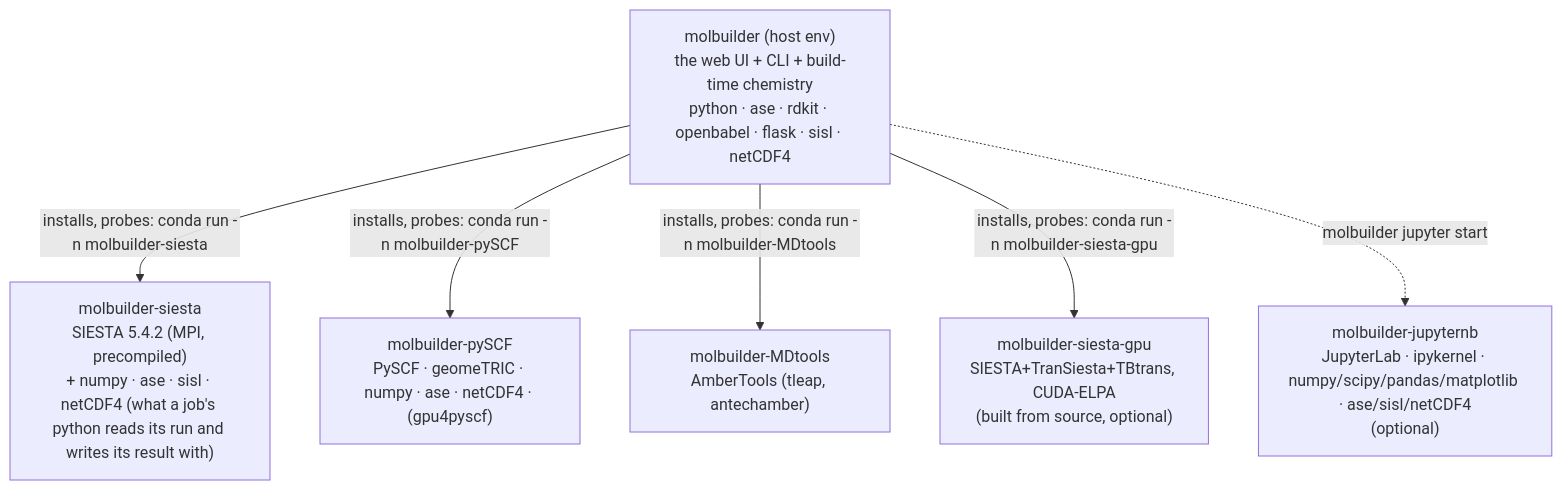
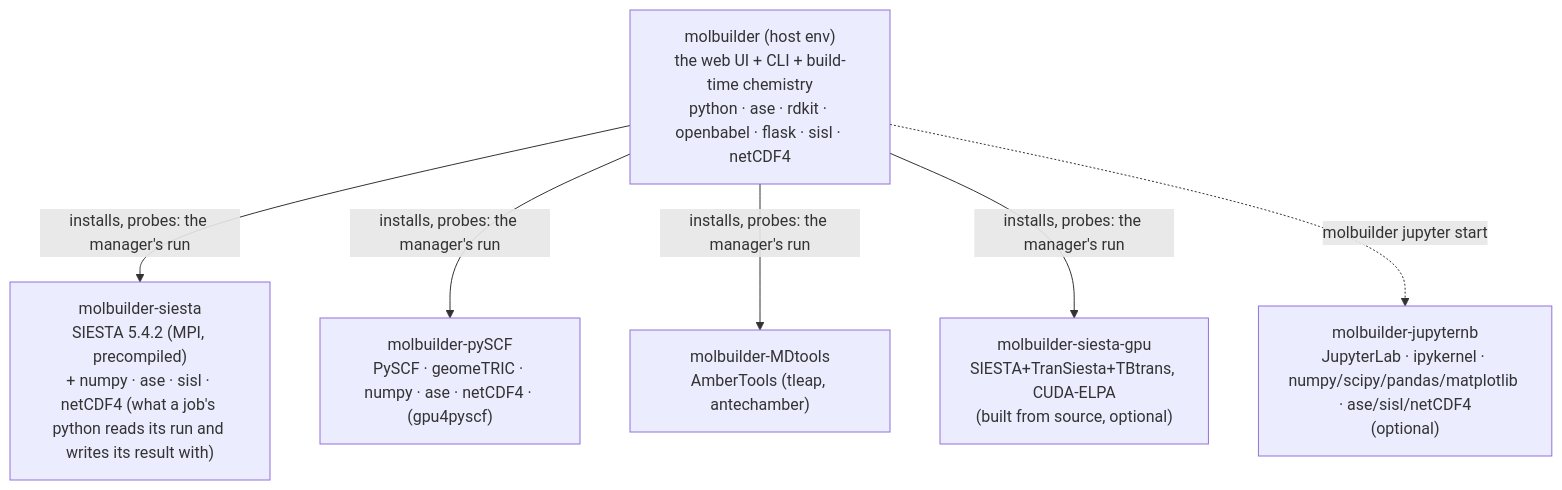
Before and after one commit to Qing-LAB/molbuilder: the diagram in docs/ops/installation.md, drawn with Mermaid. The commit also changed other lines of this file and 47 other files, not shown here.

````diff
--- a/docs/ops/installation.md
+++ b/docs/ops/installation.md
@@ -25,9 +26,9 @@
 ```mermaid
 flowchart TD
   HOST["molbuilder (host env)<br/>the web UI + CLI + build-time chemistry<br/>python · ase · rdkit · openbabel · flask · sisl · netCDF4"]
-  HOST -->|"installs, probes: conda run -n molbuilder-siesta"| SI["molbuilder-siesta<br/>SIESTA 5.4.2 (MPI, precompiled)<br/>+ numpy · ase · sisl · netCDF4 (what a job's python reads its run and writes its result with)"]
-  HOST -->|"installs, probes: conda run -n molbuilder-pySCF"| PY["molbuilder-pySCF<br/>PySCF · geomeTRIC · numpy · ase · netCDF4 · (gpu4pyscf)"]
-  HOST -->|"installs, probes: conda run -n molbuilder-MDtools"| MD["molbuilder-MDtools<br/>AmberTools (tleap, antechamber)"]
-  HOST -->|"installs, probes: conda run -n molbuilder-siesta-gpu"| GPU["molbuilder-siesta-gpu<br/>SIESTA+TranSiesta+TBtrans, CUDA-ELPA<br/>(built from source, optional)"]
+  HOST -->|"installs, probes: the manager's run"| SI["molbuilder-siesta<br/>SIESTA 5.4.2 (MPI, precompiled)<br/>+ numpy · ase · sisl · netCDF4 (what a job's python reads its run and writes its result with)"]
+  HOST -->|"installs, probes: the manager's run"| PY["molbuilder-pySCF<br/>PySCF · geomeTRIC · numpy · ase · netCDF4 · (gpu4pyscf)"]
+  HOST -->|"installs, probes: the manager's run"| MD["molbuilder-MDtools<br/>AmberTools (tleap, antechamber)"]
+  HOST -->|"installs, probes: the manager's run"| GPU["molbuilder-siesta-gpu<br/>SIESTA+TranSiesta+TBtrans, CUDA-ELPA<br/>(built from source, optional)"]
   HOST -.->|"molbuilder jupyter start"| NB["molbuilder-jupyternb<br/>JupyterLab · ipykernel · numpy/scipy/pandas/matplotlib · ase/sisl/netCDF4<br/>(optional)"]
 ```
````
